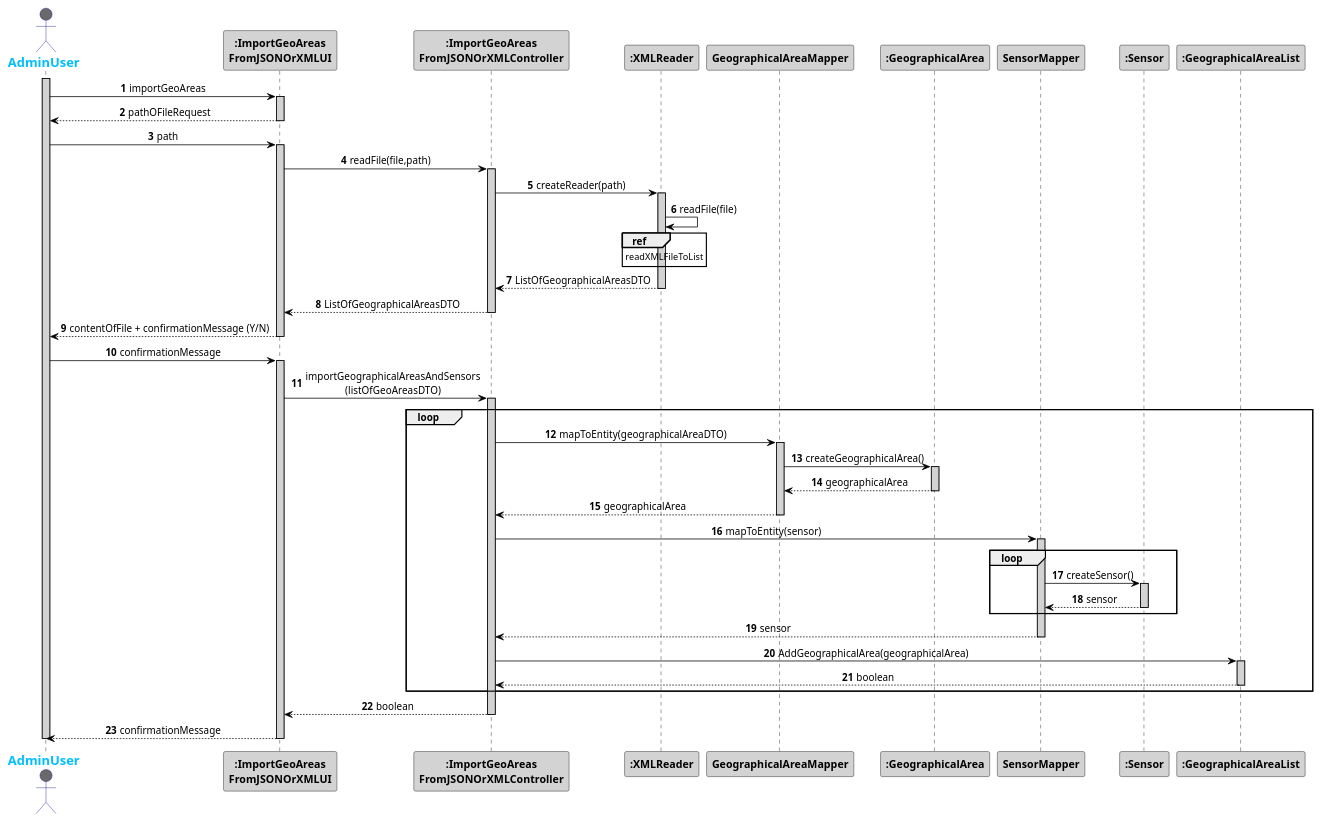
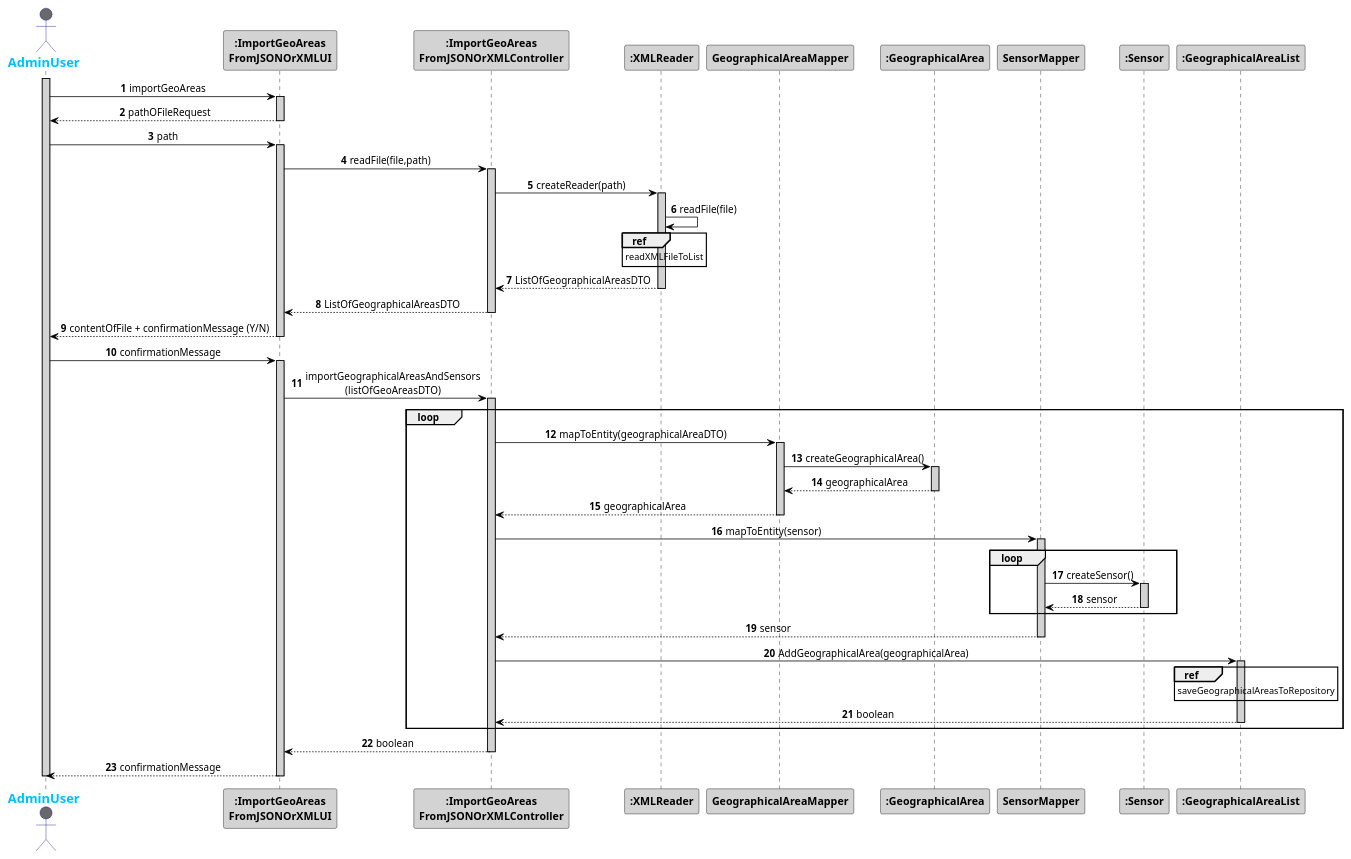
One commit to 1181687/hateoasToy changed the diagram in src/main/java/pt/ipp/isep/dei/project/controllers/importgeoareasfromjsonorxmlcontroller/SD_ImportGeoAreasFromXML.puml. Above: the diagram before and after it, drawn with PlantUML. The commit also changed 1 other file, not shown here.

Commit message:
updates to US015_v2 and US020_v2 sequence diagrams

```diff
--- a/src/main/java/pt/ipp/isep/dei/project/controllers/importgeoareasfromjsonorxmlcontroller/SD_ImportGeoAreasFromXML.puml
+++ b/src/main/java/pt/ipp/isep/dei/project/controllers/importgeoareasfromjsonorxmlcontroller/SD_ImportGeoAreasFromXML.puml
@@ -1,77 +1,80 @@
 @startuml
 skinparam sequenceMessageAlign center
 skinparam sequence {
 	ArrowColor Black
 	ActorBorderColor DarkBlue
 	LifeLineBorderColor black
 	LifeLineBackgroundColor LightGrey
 
 	ParticipantBorderColor Black
 	ParticipantBackgroundColor LightGrey
 	ParticipantFontStyle Bold
 
 	ActorBackgroundColor DimGrey
 	ActorFontColor DeepSkyBlue
 	ActorFontStyle Bold
 	ActorFontSize 17
 	ActorFontName Aapex
 }
 actor AdminUser
 activate AdminUser
 actor AdminUser
 autonumber
 AdminUser -> ":ImportGeoAreas\nFromJSONOrXMLUI": importGeoAreas
 activate ":ImportGeoAreas\nFromJSONOrXMLUI"
 AdminUser <-- ":ImportGeoAreas\nFromJSONOrXMLUI": pathOFileRequest
 deactivate ":ImportGeoAreas\nFromJSONOrXMLUI"
 AdminUser -> ":ImportGeoAreas\nFromJSONOrXMLUI": path
 activate ":ImportGeoAreas\nFromJSONOrXMLUI"
 ":ImportGeoAreas\nFromJSONOrXMLUI" -> ":ImportGeoAreas\nFromJSONOrXMLController": readFile(file,path)
 activate ":ImportGeoAreas\nFromJSONOrXMLController"
 ":ImportGeoAreas\nFromJSONOrXMLController" -> ":XMLReader": createReader(path)
 activate ":XMLReader"
 ":XMLReader" -> ":XMLReader" : readFile(file)
 ref over ":XMLReader"
 readXMLFileToList
 end
 ":ImportGeoAreas\nFromJSONOrXMLController" <-- ":XMLReader" : ListOfGeographicalAreasDTO
 deactivate ":XMLReader"
 ":ImportGeoAreas\nFromJSONOrXMLUI" <-- ":ImportGeoAreas\nFromJSONOrXMLController" : ListOfGeographicalAreasDTO
 deactivate ":ImportGeoAreas\nFromJSONOrXMLController"
 AdminUser <-- ":ImportGeoAreas\nFromJSONOrXMLUI": contentOfFile + confirmationMessage (Y/N)
 deactivate ":ImportGeoAreas\nFromJSONOrXMLUI"
 AdminUser -> ":ImportGeoAreas\nFromJSONOrXMLUI": confirmationMessage
 activate ":ImportGeoAreas\nFromJSONOrXMLUI"
 ":ImportGeoAreas\nFromJSONOrXMLUI" -> ":ImportGeoAreas\nFromJSONOrXMLController": importGeographicalAreasAndSensors\n(listOfGeoAreasDTO)
 activate ":ImportGeoAreas\nFromJSONOrXMLController"
 loop
 ":ImportGeoAreas\nFromJSONOrXMLController" -> "GeographicalAreaMapper" : mapToEntity(geographicalAreaDTO)
 activate "GeographicalAreaMapper"
 "GeographicalAreaMapper" -> ":GeographicalArea" : createGeographicalArea()
 activate ":GeographicalArea"
 "GeographicalAreaMapper" <-- ":GeographicalArea" : geographicalArea
 deactivate ":GeographicalArea"
 ":ImportGeoAreas\nFromJSONOrXMLController" <-- "GeographicalAreaMapper" : geographicalArea
 deactivate "GeographicalAreaMapper"
 ":ImportGeoAreas\nFromJSONOrXMLController" -> "SensorMapper" : mapToEntity(sensor)
 loop
 activate "SensorMapper"
 "SensorMapper" -> ":Sensor" : createSensor()
 activate ":Sensor"
 "SensorMapper" <-- ":Sensor" : sensor
 deactivate ":Sensor"
 end
 ":ImportGeoAreas\nFromJSONOrXMLController" <-- "SensorMapper" : sensor
  deactivate "SensorMapper"
 ":ImportGeoAreas\nFromJSONOrXMLController"  -> ":GeographicalAreaList" : AddGeographicalArea(geographicalArea)
 activate ":GeographicalAreaList"
+ref over ":GeographicalAreaList"
+saveGeographicalAreasToRepository
+end
 ":ImportGeoAreas\nFromJSONOrXMLController" <-- ":GeographicalAreaList" : boolean
 deactivate ":GeographicalAreaList"
 end
 ":ImportGeoAreas\nFromJSONOrXMLUI" <-- ":ImportGeoAreas\nFromJSONOrXMLController": boolean
 deactivate ":ImportGeoAreas\nFromJSONOrXMLController"
 AdminUser <-- ":ImportGeoAreas\nFromJSONOrXMLUI": confirmationMessage
 deactivate ":ImportGeoAreas\nFromJSONOrXMLUI"
 deactivate AdminUser
 
 @enduml
```
